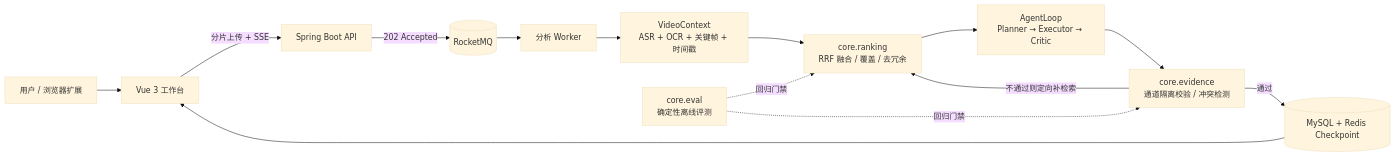
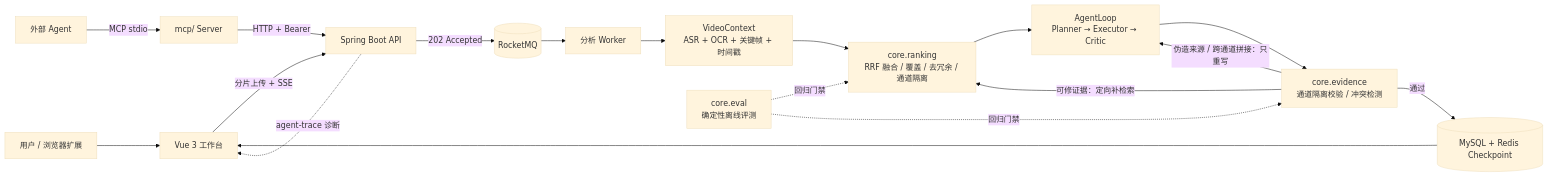
Before and after one commit to Erfan817/SceneMind: the diagram in README.md, drawn with Mermaid (base theme). The commit also changed other lines of this file and 14 other files, not shown here.

````diff
--- a/README.md
+++ b/README.md
@@ -96,16 +118,21 @@
 ```mermaid
 flowchart LR
     U[用户 / 浏览器扩展] --> W[Vue 3 工作台]
-    W -->|分片上传 + SSE| A[Spring Boot API]
+    G[外部 Agent] -->|MCP stdio| Q[mcp/ Server]
+    A[Spring Boot API]
+    Q -->|HTTP + Bearer| A
+    W -->|分片上传 + SSE| A
     A -->|202 Accepted| M[(RocketMQ)]
     M --> C[分析 Worker]
     C --> X[VideoContext<br/>ASR + OCR + 关键帧 + 时间戳]
-    X --> R[core.ranking<br/>RRF 融合 / 覆盖 / 去冗余]
+    X --> R[core.ranking<br/>RRF 融合 / 覆盖 / 去冗余 / 通道隔离]
     R --> L[AgentLoop<br/>Planner → Executor → Critic]
     L --> V[core.evidence<br/>通道隔离校验 / 冲突检测]
-    V -->|不通过则定向补检索| R
+    V -->|可修证据：定向补检索| R
+    V -->|伪造来源 / 跨通道拼接：只重写| L
     V -->|通过| S[(MySQL + Redis Checkpoint)]
     S --> W
+    A -.agent-trace 诊断.-> W
     E[core.eval<br/>确定性离线评测] -.回归门禁.-> R
     E -.回归门禁.-> V
 ```
````
